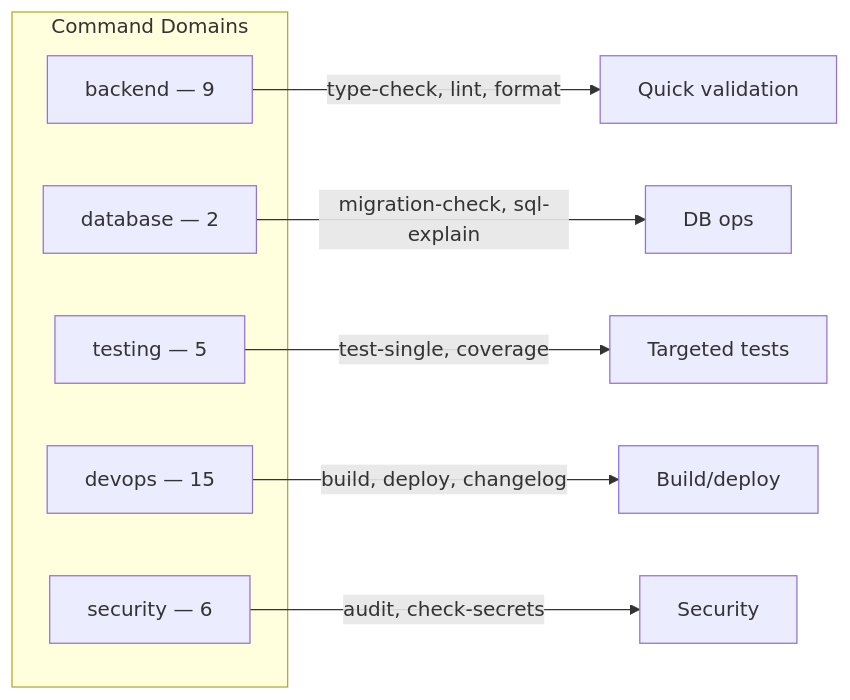
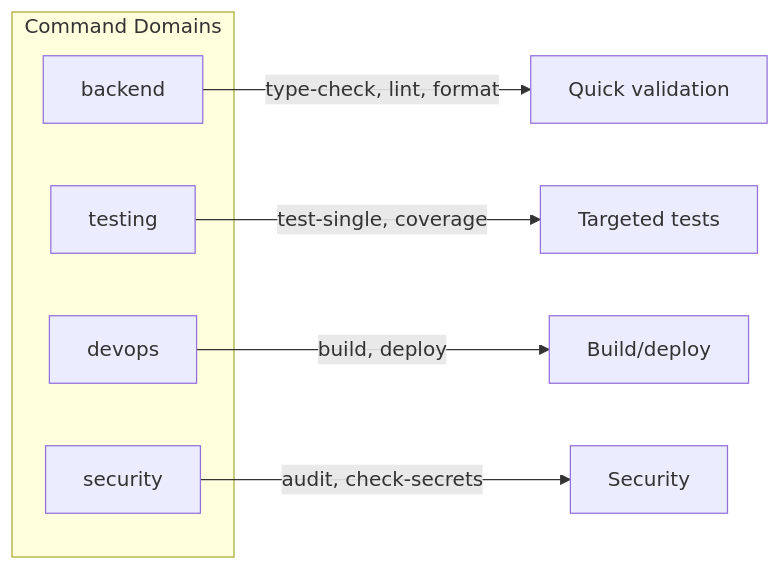
Before and after one commit to girijashankarj/cursor-handbook: the diagram in docs/components/commands.md, drawn with Mermaid. The commit also changed other lines of this file and 254 other files, not shown here.

````diff
--- a/docs/components/commands.md
+++ b/docs/components/commands.md
@@ -14,15 +12,13 @@
 ```mermaid
 flowchart LR
     subgraph CmdDomains [Command Domains]
-        BE[backend — 9]
-        DB[database — 2]
-        TST[testing — 5]
-        DO[devops — 15]
-        SEC[security — 6]
+        BE[backend]
+        TST[testing]
+        DO[devops]
+        SEC[security]
     end
     BE --> |type-check, lint, format| C1[Quick validation]
-    DB --> |migration-check, sql-explain| C2[DB ops]
-    TST --> |test-single, coverage| C3[Targeted tests]
-    DO --> |build, deploy, changelog| C4[Build/deploy]
-    SEC --> |audit, check-secrets| C5[Security]
+    TST --> |test-single, coverage| C2[Targeted tests]
+    DO --> |build, deploy| C3[Build/deploy]
+    SEC --> |audit, check-secrets| C4[Security]
 ```
````
